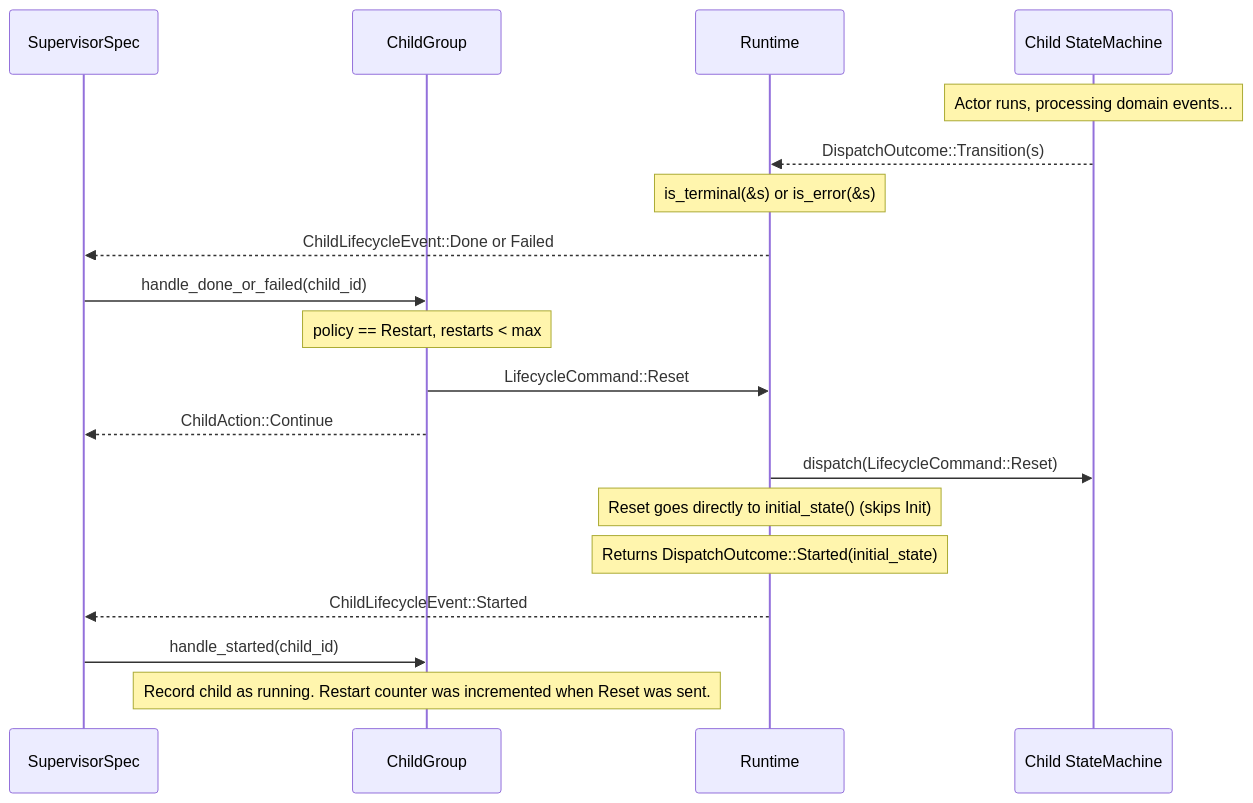
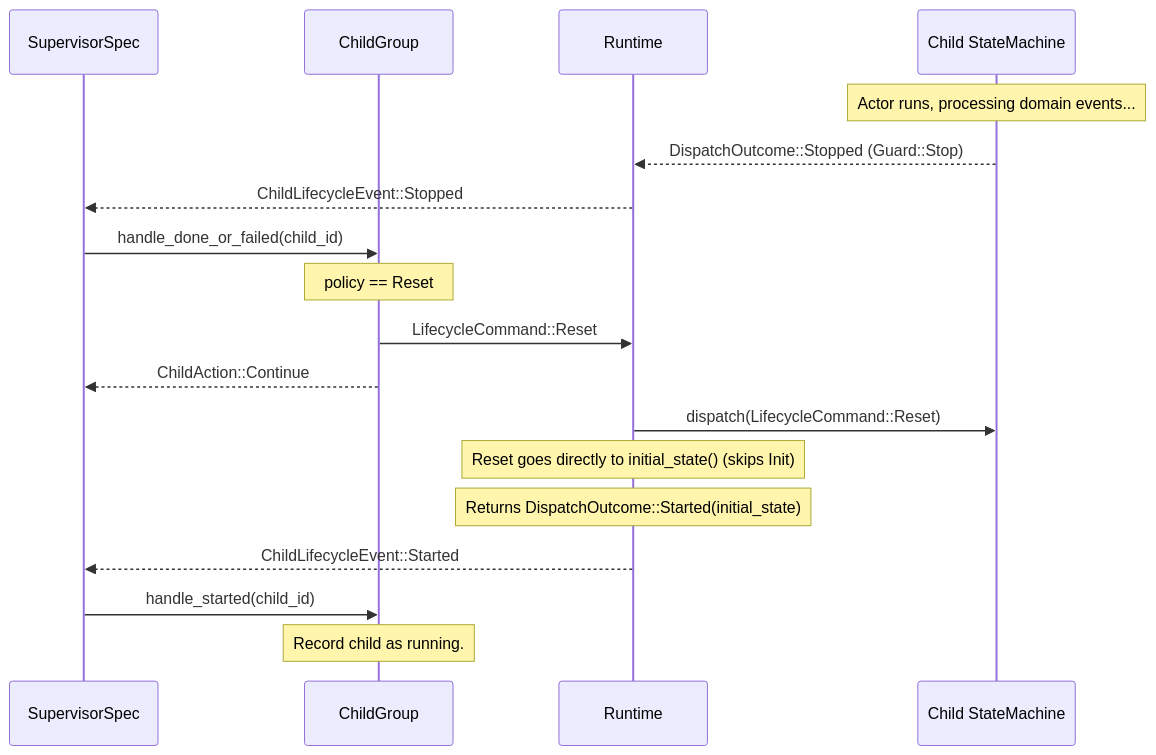
Before and after one commit to bloxide-com/bloxide: the second of 3 diagrams in spec/architecture/08-supervision.md, drawn with Mermaid. The commit also changed other lines of this file and 10 other files, not shown here.

First line of the commit message:
Step 8a: Update specs and docs — RestartStrategy, ChildPolicy::Restart, supervision docs

````diff
--- a/spec/architecture/08-supervision.md
+++ b/spec/architecture/08-supervision.md
@@ -432,23 +403,22 @@
 ```mermaid
 sequenceDiagram
     participant Sup as SupervisorSpec
     participant CG as ChildGroup
     participant RT as Runtime
     participant M as Child StateMachine
 
     Note over M: Actor runs, processing domain events...
 
-    M-->>RT: DispatchOutcome::Transition(s)
-    Note over RT: is_terminal(&s) or is_error(&s)
-    RT-->>Sup: ChildLifecycleEvent::Done or Failed
+    M-->>RT: DispatchOutcome::Stopped (Guard::Stop)
+    RT-->>Sup: ChildLifecycleEvent::Stopped
     Sup->>CG: handle_done_or_failed(child_id)
-    Note over CG: policy == Restart, restarts < max
+    Note over CG: policy == Reset
     CG->>RT: LifecycleCommand::Reset
     CG-->>Sup: ChildAction::Continue
     RT->>M: dispatch(LifecycleCommand::Reset)
     Note over RT: Reset goes directly to initial_state() (skips Init)
     Note over RT: Returns DispatchOutcome::Started(initial_state)
     RT-->>Sup: ChildLifecycleEvent::Started
     Sup->>CG: handle_started(child_id)
-    Note over CG: Record child as running. Restart counter was incremented when Reset was sent.
+    Note over CG: Record child as running.
 ```
````
